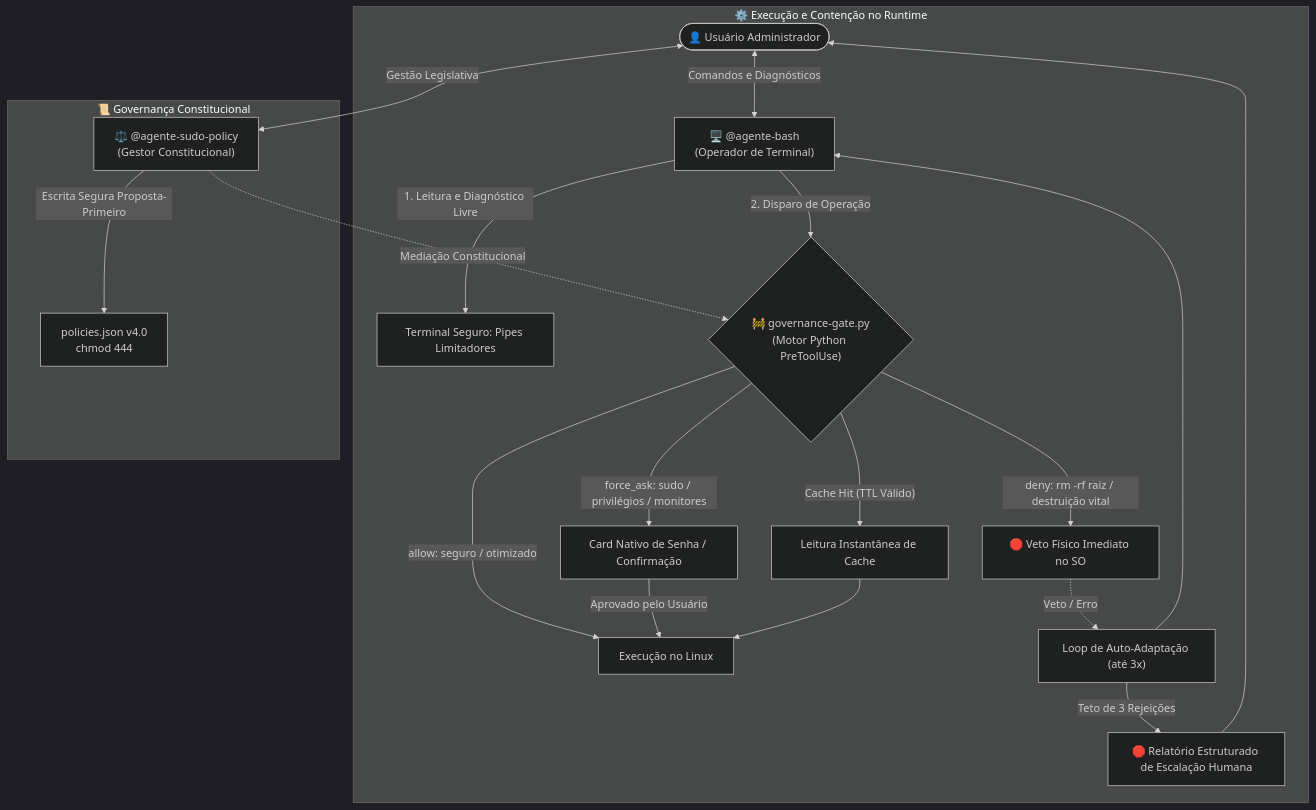
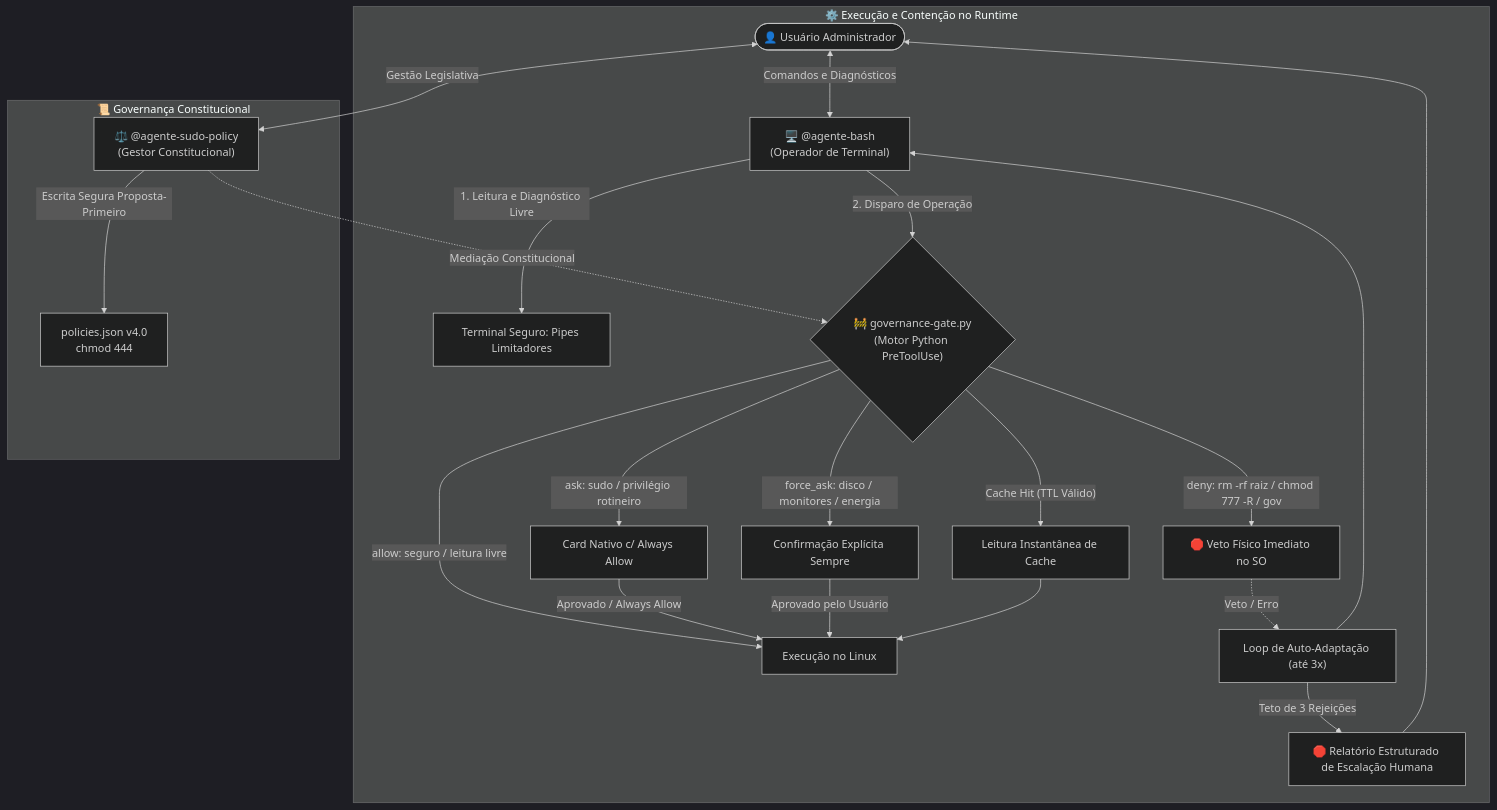
One commit to nickarab/bash-sudo-agents changed the diagram in README.md. Above: the diagram before and after it, drawn with Mermaid (dark theme). The commit also changed other lines of this file and 8 other files, not shown here.

Commit message:
fix(security): taxonomia anti-fadiga ask/force_ask, endurecimento de permissoes e energia (v4.4.0)

````diff
--- a/README.md
+++ b/README.md
@@ -57,28 +57,30 @@
 ```mermaid
 flowchart TD
     User(["👤 Usuário Administrador"]) <-->|"Comandos e Diagnósticos"| Bash["🖥️ @agente-bash<br/>(Operador de Terminal)"]
     
     subgraph Sandbox["⚙️ Execução e Contenção no Runtime"]
         Bash -->|"1. Leitura e Diagnóstico Livre"| TermBash["Terminal Seguro: Pipes Limitadores"]
         Bash -->|"2. Disparo de Operação"| Gate{"🚧 governance-gate.py<br/>(Motor Python PreToolUse)"}
         
         Gate -->|"Cache Hit (TTL Válido)"| CacheRead["Leitura Instantânea de Cache"]
-        Gate -->|"allow: seguro / otimizado"| OSExec["Execução no Linux"]
-        Gate -->|"force_ask: sudo / privilégios / monitores"| PromptUser["Card Nativo de Senha / Confirmação"]
-        Gate -->|"deny: rm -rf raiz / destruição vital"| HardBlock["🛑 Veto Físico Imediato no SO"]
+        Gate -->|"allow: seguro / leitura livre"| OSExec["Execução no Linux"]
+        Gate -->|"ask: sudo / privilégio rotineiro"| AskGrant["Card Nativo c/ Always Allow"]
+        Gate -->|"force_ask: disco / monitores / energia"| PromptUser["Confirmação Explícita Sempre"]
+        Gate -->|"deny: rm -rf raiz / chmod 777 -R / gov"| HardBlock["🛑 Veto Físico Imediato no SO"]
         
         HardBlock -.->|"Veto / Erro"| LoopAdapt["Loop de Auto-Adaptação (até 3x)"]
         LoopAdapt --> Bash
         LoopAdapt -->|"Teto de 3 Rejeições"| Escalation["🛑 Relatório Estruturado de Escalação Humana"]
         Escalation --> User
         
+        AskGrant -->|"Aprovado / Always Allow"| OSExec
         PromptUser -->|"Aprovado pelo Usuário"| OSExec
         CacheRead --> OSExec
     end
     
     subgraph Governance["📜 Governança Constitucional"]
         User <-->|"Gestão Legislativa"| Policy["⚖️ @agente-sudo-policy<br/>(Gestor Constitucional)"]
         Policy -.->|"Mediação Constitucional"| Gate
         Policy -->|"Escrita Segura Proposta-Primeiro"| PoliciesFile["policies.json v4.0<br/>chmod 444"]
     end
 ```
````
